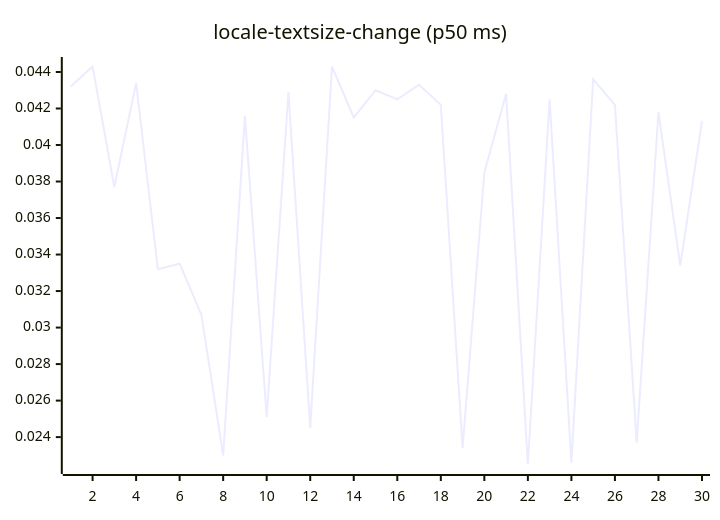
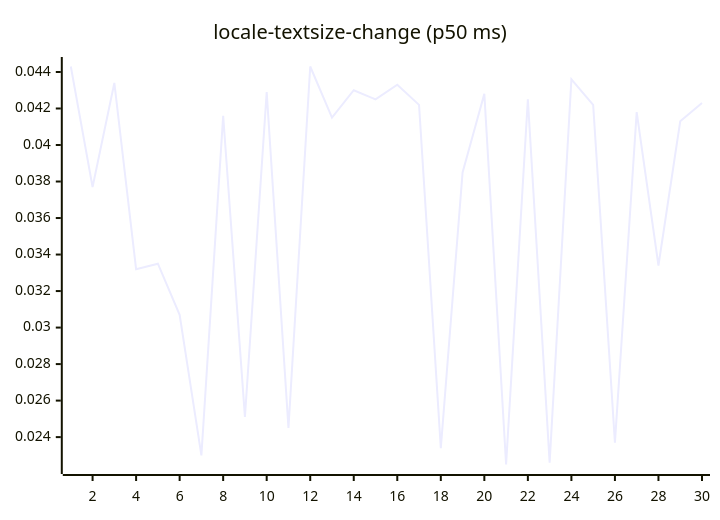
One commit to josha/Facet changed diagram 13 of 27 in README.md. Above: the diagram before and after it, drawn with Mermaid. The commit also changed other lines of this file and 2 other files, not shown here.

````diff
--- a/README.md
+++ b/README.md
@@ -147,6 +147,6 @@
 ```mermaid
 xychart-beta
     title "locale-textsize-change (p50 ms)"
     x-axis 1 --> 30
-    line [0.0432, 0.0443, 0.0377, 0.0434, 0.0332, 0.0335, 0.0307, 0.0230, 0.0416, 0.0251, 0.0429, 0.0245, 0.0443, 0.0415, 0.0430, 0.0425, 0.0433, 0.0422, 0.0234, 0.0385, 0.0428, 0.0225, 0.0425, 0.0226, 0.0436, 0.0422, 0.0237, 0.0418, 0.0334, 0.0413]
+    line [0.0443, 0.0377, 0.0434, 0.0332, 0.0335, 0.0307, 0.0230, 0.0416, 0.0251, 0.0429, 0.0245, 0.0443, 0.0415, 0.0430, 0.0425, 0.0433, 0.0422, 0.0234, 0.0385, 0.0428, 0.0225, 0.0425, 0.0226, 0.0436, 0.0422, 0.0237, 0.0418, 0.0334, 0.0413, 0.0423]
 ```
````
